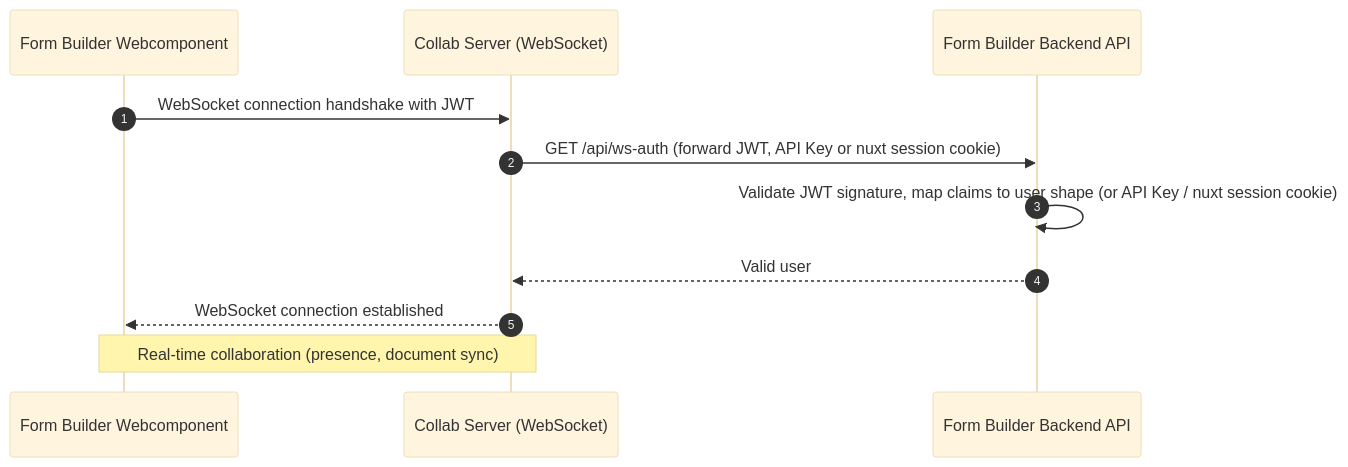
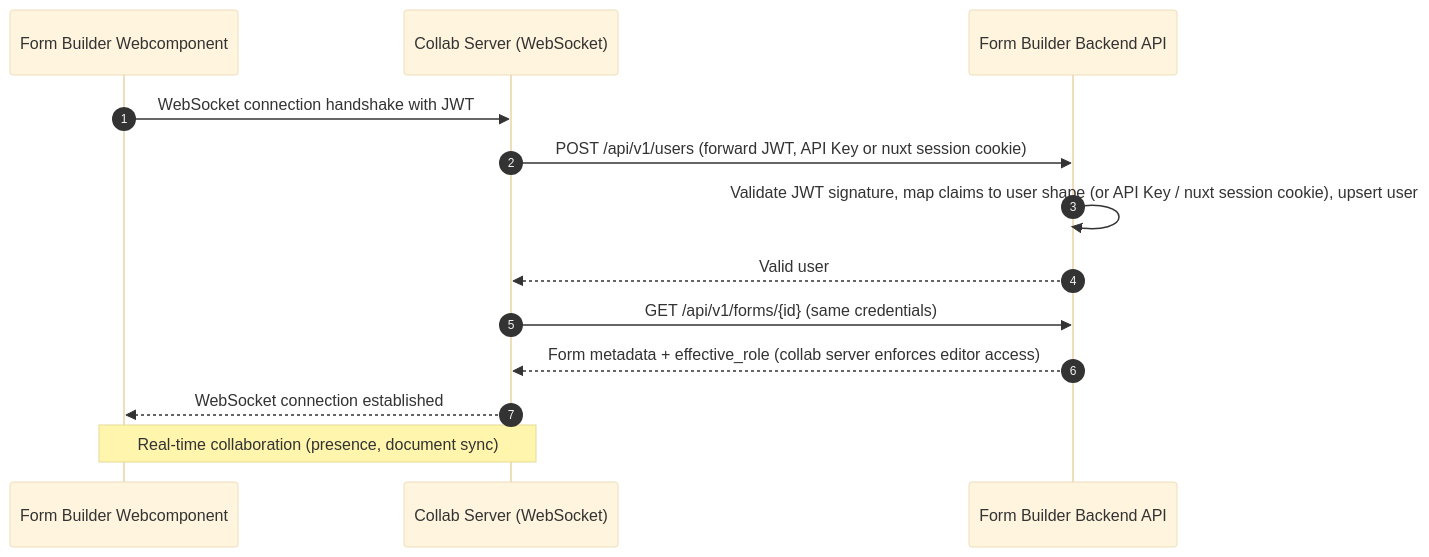
The fourth of 4 diagrams in apps/json-forms-builder/docs/auth/README.md (educorvi/vue-json-form), drawn with Mermaid (base theme) before and after one commit. The commit also changed other lines of this file and 56 other files, not shown here.

````diff
--- a/apps/json-forms-builder/docs/auth/README.md
+++ b/apps/json-forms-builder/docs/auth/README.md
@@ -98,14 +98,16 @@
 ```mermaid
 sequenceDiagram
     autonumber
     participant WC as Form Builder Webcomponent
     participant WS as Collab Server (WebSocket)
     participant API as Form Builder Backend API
 
     WC->>WS: WebSocket connection handshake with JWT
-    WS->>API: GET /api/ws-auth (forward JWT, API Key or nuxt session cookie)
-    API->>API: Validate JWT signature, map claims to user shape (or API Key / nuxt session cookie)
+    WS->>API: POST /api/v1/users (forward JWT, API Key or nuxt session cookie)
+    API->>API: Validate JWT signature, map claims to user shape (or API Key / nuxt session cookie), upsert user
     API-->>WS: Valid user
+    WS->>API: GET /api/v1/forms/{id} (same credentials)
+    API-->>WS: Form metadata + effective_role (collab server enforces editor access)
     WS-->>WC: WebSocket connection established
     Note over WC,WS: Real-time collaboration (presence, document sync)
 ```
````
